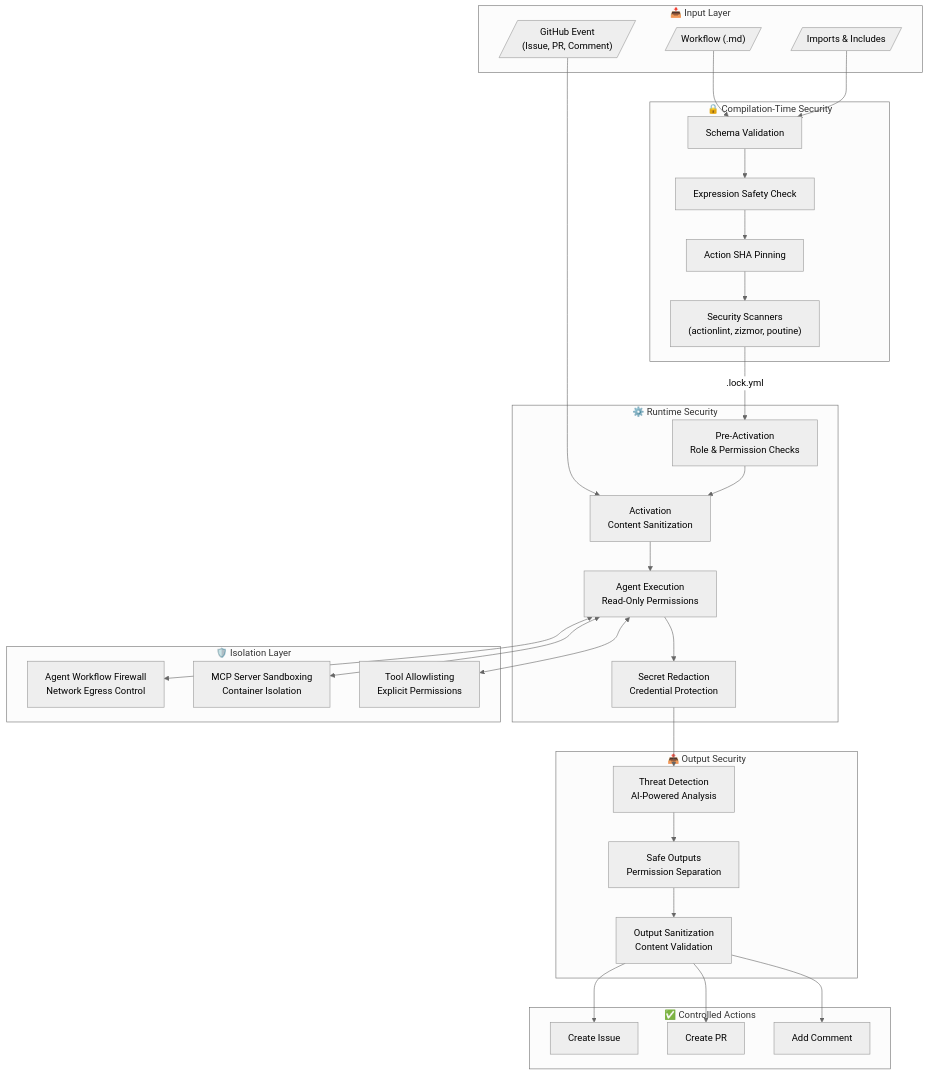
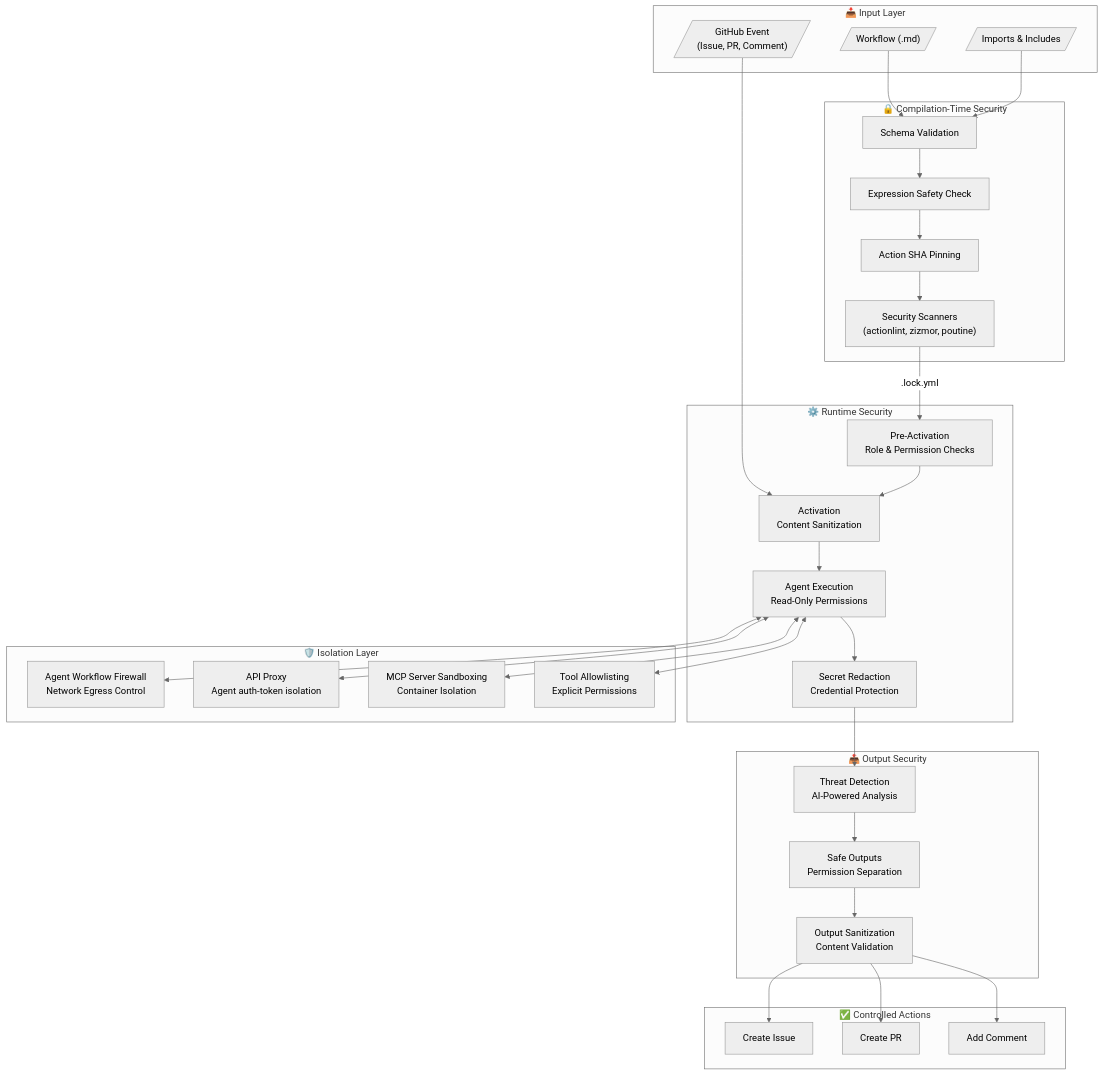
The first of 11 diagrams in docs/src/content/docs/introduction/architecture.mdx (michelabboud/gh-aw), drawn with Mermaid (neutral theme) before and after one commit. The commit also changed other lines of this file, not shown here.

````diff
--- a/docs/src/content/docs/introduction/architecture.mdx
+++ b/docs/src/content/docs/introduction/architecture.mdx
@@ -55,64 +55,66 @@
 ```mermaid
 flowchart TB
     subgraph Input["📥 Input Layer"]
         WF[/"Workflow (.md)"/]
         IMPORTS[/"Imports & Includes"/]
         EVENT[/"GitHub Event<br/>(Issue, PR, Comment)"/]
     end
 
     subgraph Compile["🔒 Compilation-Time Security"]
         SCHEMA["Schema Validation"]
         EXPR["Expression Safety Check"]
         PIN["Action SHA Pinning"]
         SCAN["Security Scanners<br/>(actionlint, zizmor, poutine)"]
     end
 
     subgraph Runtime["⚙️ Runtime Security"]
         PRE["Pre-Activation<br/>Role & Permission Checks"]
         ACT["Activation<br/>Content Sanitization"]
         AGENT["Agent Execution<br/>Read-Only Permissions"]
         REDACT_MAIN["Secret Redaction<br/>Credential Protection"]
     end
 
     subgraph Isolation["🛡️ Isolation Layer"]
         AWF["Agent Workflow Firewall<br/>Network Egress Control"]
+        PROXY["API Proxy<br/>Agent auth-token isolation"]
         MCP["MCP Server Sandboxing<br/>Container Isolation"]
         TOOL["Tool Allowlisting<br/>Explicit Permissions"]
     end
 
     subgraph Output["📤 Output Security"]
         DETECT["Threat Detection<br/>AI-Powered Analysis"]
         SAFE["Safe Outputs<br/>Permission Separation"]
         SANITIZE["Output Sanitization<br/>Content Validation"]
     end
 
     subgraph Result["✅ Controlled Actions"]
         ISSUE["Create Issue"]
         PR["Create PR"]
         COMMENT["Add Comment"]
     end
 
     WF --> SCHEMA
     IMPORTS --> SCHEMA
     SCHEMA --> EXPR
     EXPR --> PIN
     PIN --> SCAN
     SCAN -->|".lock.yml"| PRE
 
     EVENT --> ACT
     PRE --> ACT
     ACT --> AGENT
 
     AGENT <--> AWF
+    AGENT <--> PROXY
     AGENT <--> MCP
     AGENT <--> TOOL
 
     AGENT --> REDACT_MAIN
     REDACT_MAIN --> DETECT
     DETECT --> SAFE
     SAFE --> SANITIZE
 
     SANITIZE --> ISSUE
     SANITIZE --> PR
     SANITIZE --> COMMENT
 ```
````
